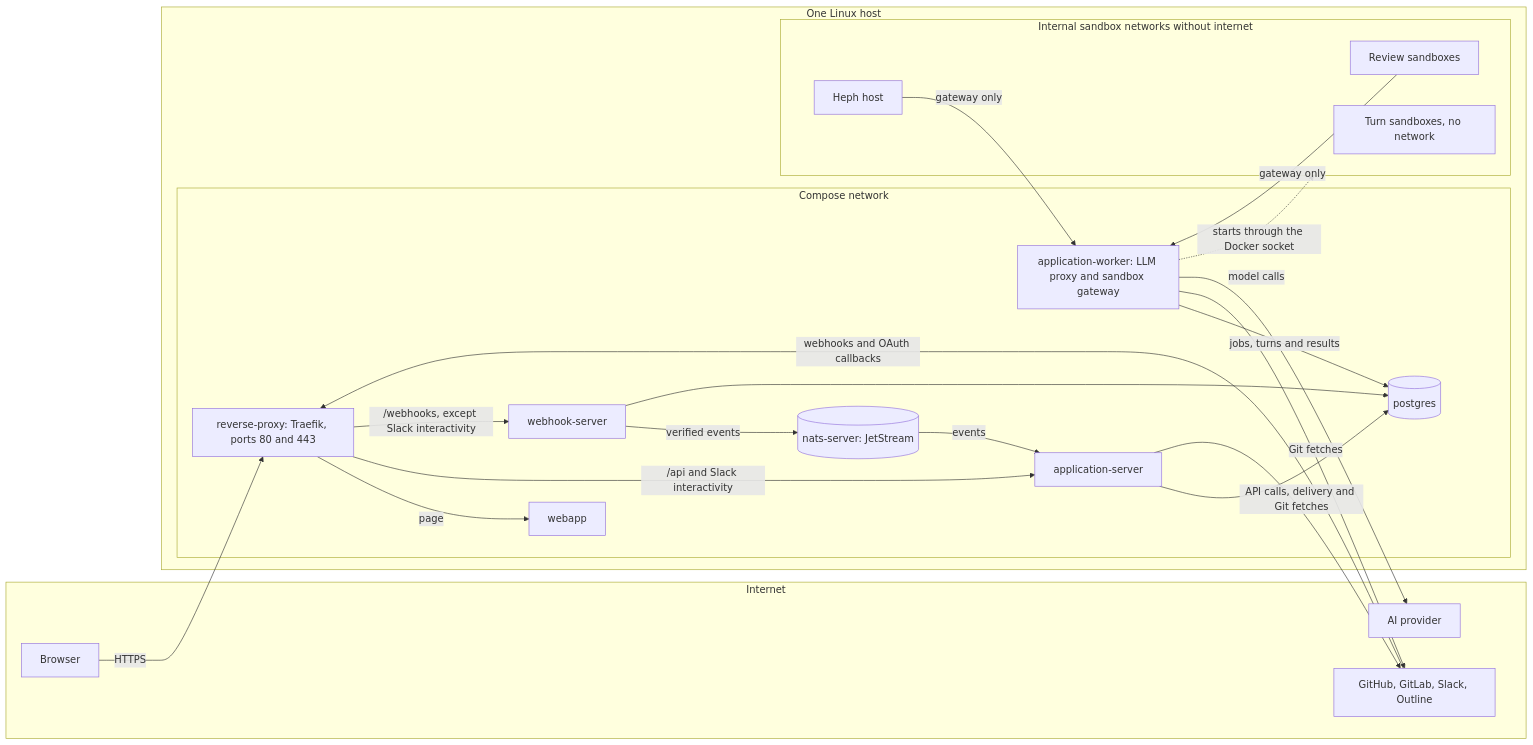
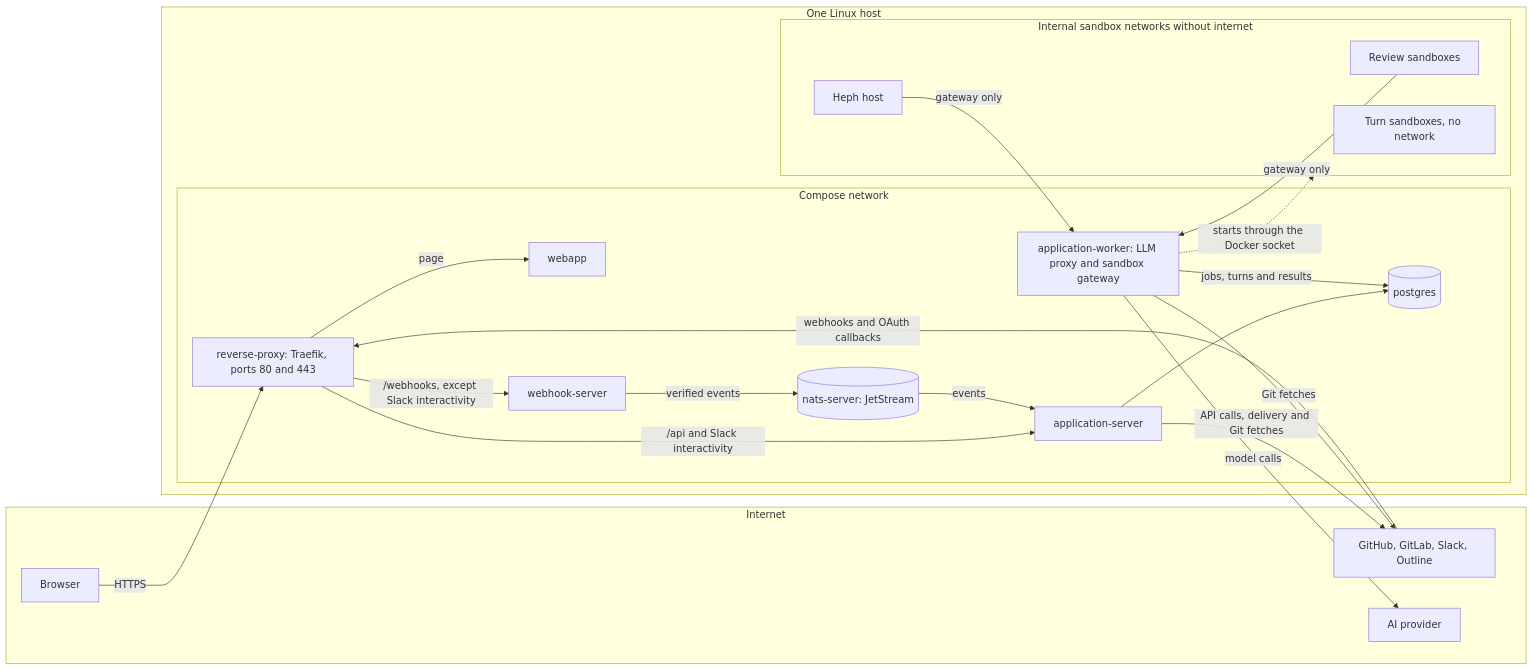
The diagram in docs/admin/overview.mdx (hephaestus-build/Hephaestus), drawn with Mermaid before and after one commit. The commit also changed 64 other files, not shown here.

First line of the commit message:
fix(server): the webhook receiver starts and receives while PostgreSQL is down

````diff
--- a/docs/admin/overview.mdx
+++ b/docs/admin/overview.mdx
@@ -38,45 +38,44 @@
 ```mermaid
 flowchart LR
 accTitle: Self-hosted Hephaestus architecture and network
-accDescr: Browsers and provider webhooks reach the reverse proxy on ports 80 and 443, the only published ports. The proxy routes the page to the webapp, the API and Slack interactivity to the application server, and the other webhooks to the webhook server. The webhook server publishes verified events to NATS, which the application server consumes. All three Java roles use PostgreSQL. The worker starts sandboxes on internal networks through the Docker socket. Review sandboxes and the Heph host reach only the sandbox gateway of the worker. Turn sandboxes have no network. The server and the worker call the providers, and the worker's LLM proxy calls the AI provider.
+accDescr: Browsers and provider webhooks reach the reverse proxy on ports 80 and 443, the only published ports. The proxy routes the page to the webapp, the API and Slack interactivity to the application server, and the other webhooks to the webhook server. The webhook server publishes verified events to NATS, which the application server consumes. The application server and the worker use PostgreSQL. The webhook server has no database. The worker starts sandboxes on internal networks through the Docker socket. Review sandboxes and the Heph host reach only the sandbox gateway of the worker. Turn sandboxes have no network. The server and the worker call the providers, and the worker's LLM proxy calls the AI provider.
 
   subgraph Internet[Internet]
     Browser[Browser]
     Providers[GitHub, GitLab, Slack, Outline]
     AiProvider[AI provider]
   end
 
   subgraph HostMachine[One Linux host]
     subgraph SharedNetwork[Compose network]
       ReverseProxy[reverse-proxy: Traefik, ports 80 and 443]
       Webapp[webapp]
       Server[application-server]
       WebhookServer[webhook-server]
       Worker[application-worker: LLM proxy and sandbox gateway]
       Nats[(nats-server: JetStream)]
       Postgres[(postgres)]
     end
     subgraph SandboxNetworks[Internal sandbox networks without internet]
       ReviewSandbox[Review sandboxes]
       HephHost[Heph host]
       TurnSandbox[Turn sandboxes, no network]
     end
   end
 
   Browser -->|HTTPS| ReverseProxy
   Providers -->|webhooks and OAuth callbacks| ReverseProxy
   ReverseProxy -->|page| Webapp
   ReverseProxy -->|/api and Slack interactivity| Server
   ReverseProxy -->|/webhooks, except Slack interactivity| WebhookServer
   WebhookServer -->|verified events| Nats
   Nats -->|events| Server
   Server --> Postgres
-  WebhookServer --> Postgres
   Worker -->|jobs, turns and results| Postgres
   Worker -.->|starts through the Docker socket| SandboxNetworks
   ReviewSandbox -->|gateway only| Worker
   HephHost -->|gateway only| Worker
   Server -->|API calls, delivery and Git fetches| Providers
   Worker -->|Git fetches| Providers
   Worker -->|model calls| AiProvider
 ```
````
